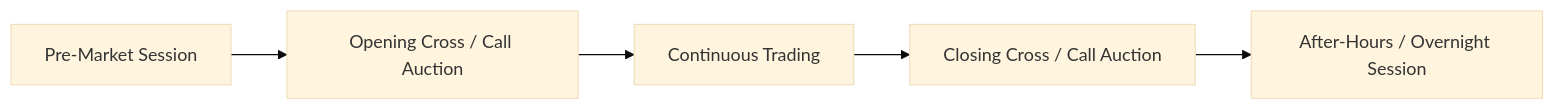
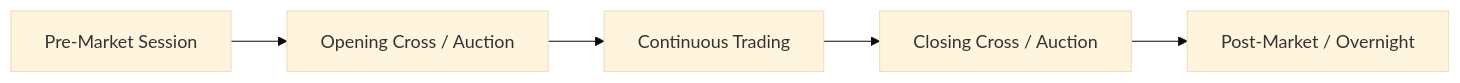
The second of 4 diagrams in en/comparison_matrix.md (keimania/global-exchanges), drawn with Mermaid (base theme) before and after one commit. The commit also changed other lines of this file and 7 other files, not shown here.

````diff
--- a/en/comparison_matrix.md
+++ b/en/comparison_matrix.md
@@ -63,7 +64,7 @@
 ```mermaid
 flowchart LR
-    Pre["Pre-Market Session"] --> OpenAuction["Opening Cross / Call Auction"]
+    Pre["Pre-Market Session"] --> OpenAuction["Opening Cross / Auction"]
     OpenAuction --> Continuous["Continuous Trading"]
-    Continuous --> CloseAuction["Closing Cross / Call Auction"]
-    CloseAuction --> Post["After-Hours / Overnight Session"]
+    Continuous --> CloseAuction["Closing Cross / Auction"]
+    CloseAuction --> Post["Post-Market / Overnight"]
 ```
````
